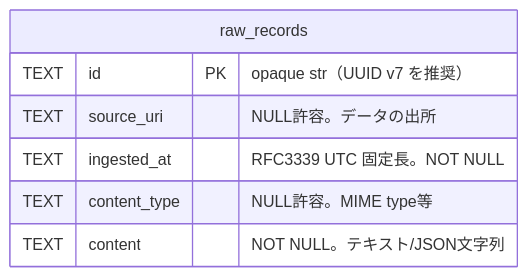
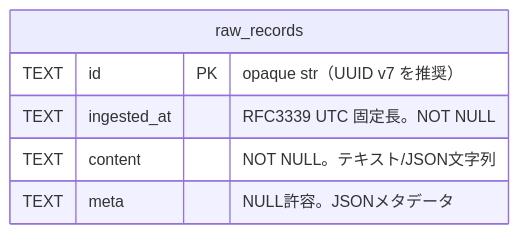
Before and after one commit to mkXultra/konkondb: the diagram in docs/design/03_data_model.md, drawn with Mermaid. The commit also changed other lines of this file and 5 other files, not shown here.

````diff
--- a/docs/design/03_data_model.md
+++ b/docs/design/03_data_model.md
@@ -49,10 +49,9 @@
 ```mermaid
 erDiagram
     raw_records {
         TEXT id PK "opaque str（UUID v7 を推奨）"
-        TEXT source_uri "NULL許容。データの出所"
         TEXT ingested_at "RFC3339 UTC 固定長。NOT NULL"
-        TEXT content_type "NULL許容。MIME type等"
         TEXT content "NOT NULL。テキスト/JSON文字列"
+        TEXT meta "NULL許容。JSONメタデータ"
     }
 ```
````
